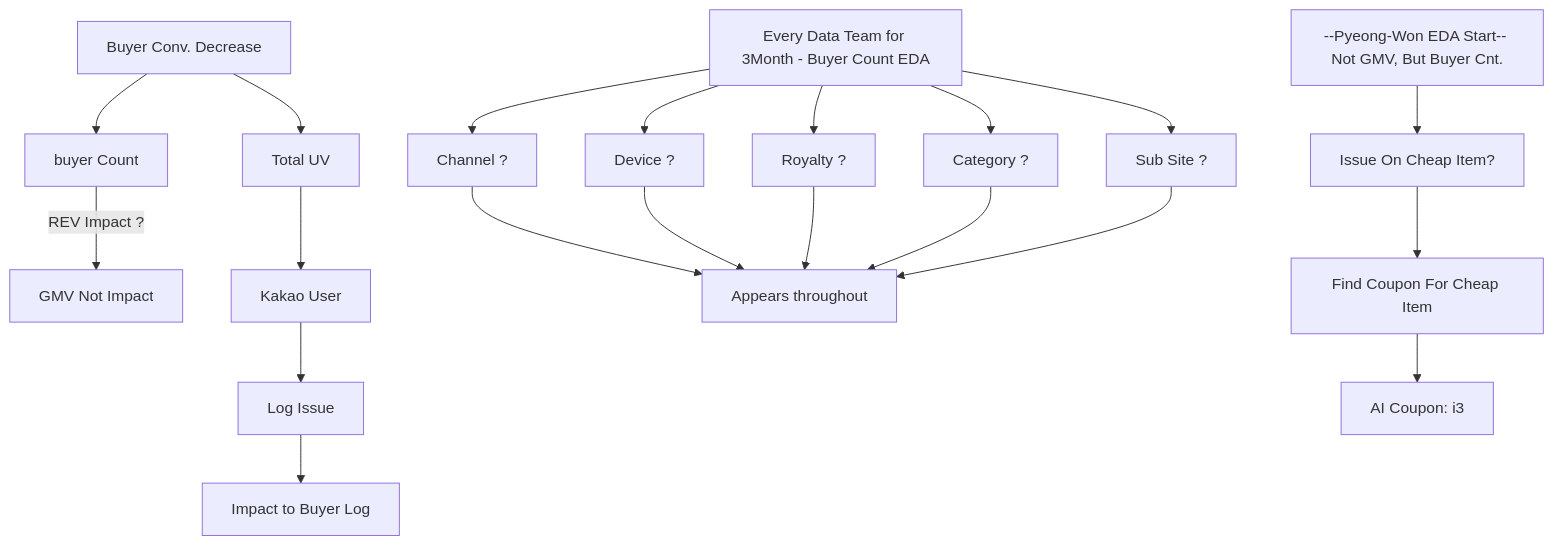
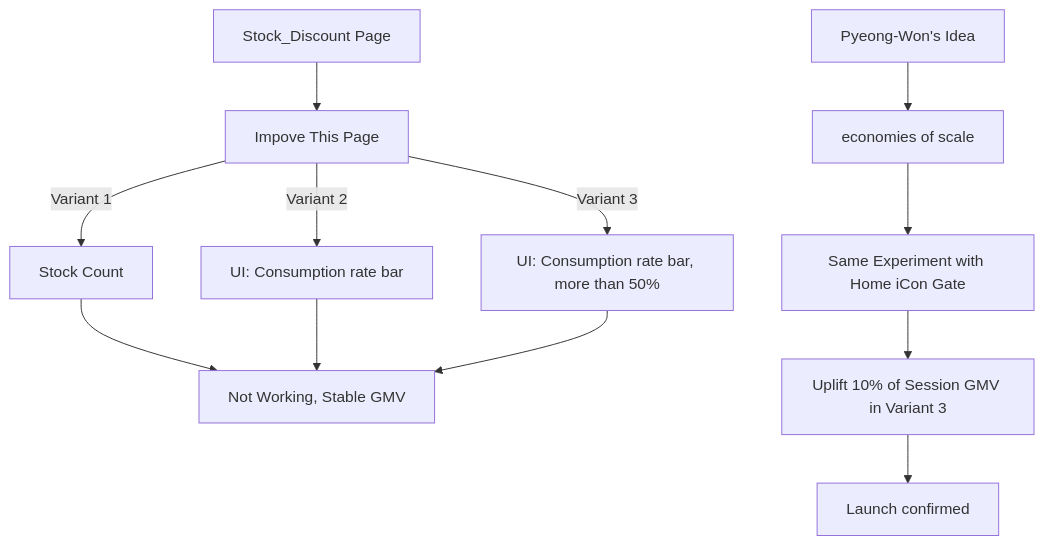
One commit to seopw28/vex changed the diagram in 1_Anaysis_History/4_Time_Deal.md. Above: the diagram before and after it, drawn with Mermaid. The commit also changed other lines of this file and 4 other files, not shown here.

````diff
--- a/1_Anaysis_History/4_Time_Deal.md
+++ b/1_Anaysis_History/4_Time_Deal.md
@@ -13,16 +15,12 @@
 ```mermaid
 flowchart TD
 
-    a[Buyer Conv. Decrease] --> b[buyer Count]
-    b --> |REV Impact ?| F[GMV Not Impact]
-    a --> C[Total UV] --> D[Kakao User] --> E[Log Issue] -->H[Impact to Buyer Log]
-
-    G[Every Data Team for 3Month - Buyer Count EDA] --> i[Channel ?] --> j[Appears throughout]
-    G--> k[ Device ?] --> j[Appears throughout]
-    G--> l[ Royalty ?] --> j[Appears throughout]
-    G--> m[ Category ?] --> j[Appears throughout]
-    G--> r[ Sub Site ?] --> j[Appears throughout]
- 
-    N[--Pyeong-Won EDA Start-- Not GMV, But Buyer Cnt.] --> O[Issue On Cheap Item?] --> P[Find Coupon For Cheap Item] --> Q[AI Coupon: i3]
+    a[Stock_Discount Page] --> b[Impove This Page]
+    b --> |Variant 1| C[Stock Count] --> f[Not Working, Stable GMV]
+    b --> |Variant 2| d[UI: Consumption rate bar] --> f
+    b --> |Variant 3| e[UI: Consumption rate bar, more than 50%] --> f
+    
+    g[Pyeong-Won's Idea] -->h[economies of scale] --> i[Same Experiment with Home iCon Gate]
+    i --> j[Uplift 10% of Session GMV in Variant 3] --> k[Launch confirmed]
 
 ```
````
